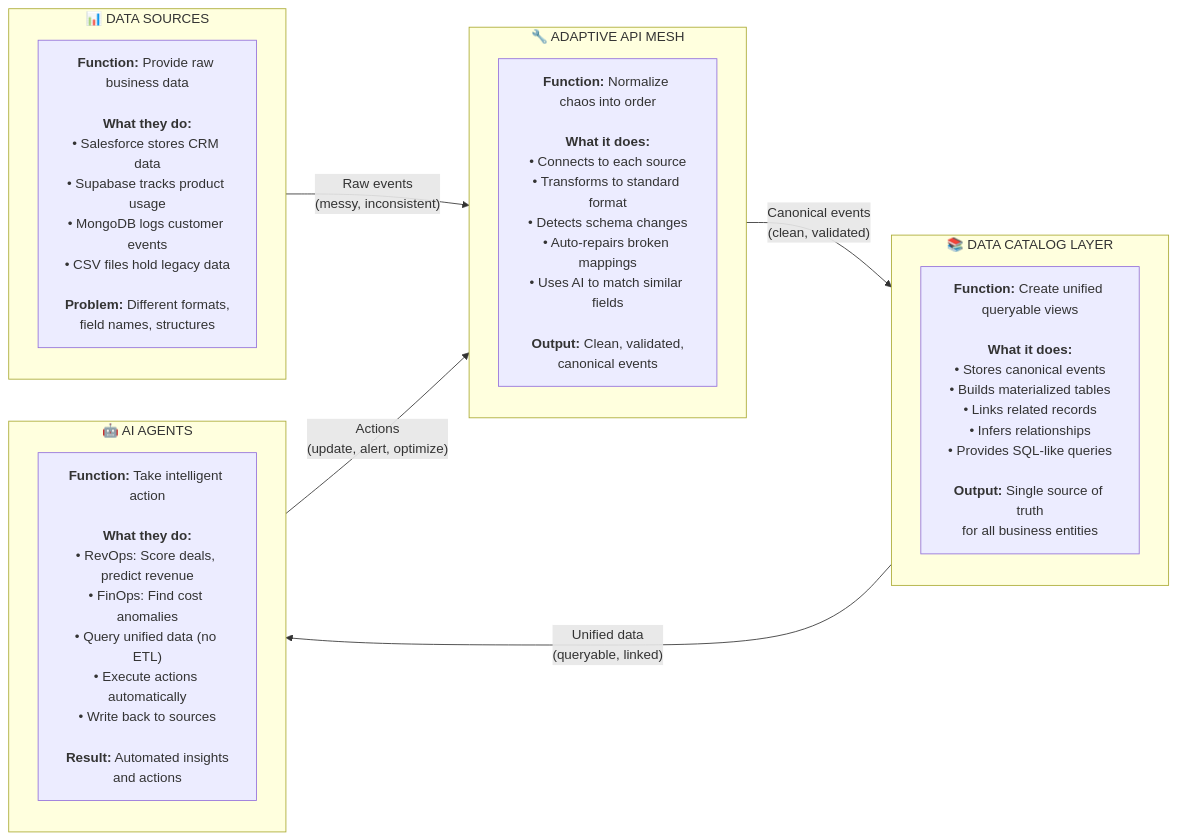
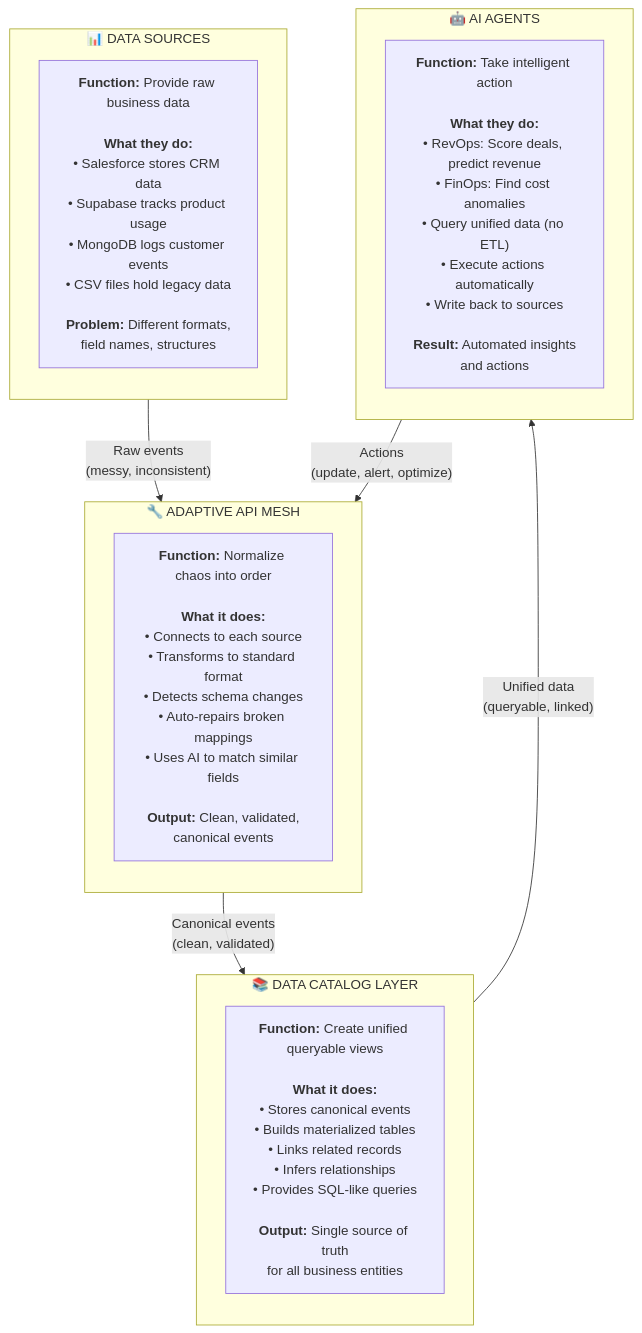
Before and after one commit to ilyacantor/autonomos-platform: the first of 9 diagrams in ARCHITECTURE.md, drawn with Mermaid. The commit also changed 1 other file, not shown here.

Commit message:
Update diagram layout to show data flow top to bottom
Modify Mermaid diagrams in ARCHITECTURE.md and static/architecture.html to use 'flowchart TB' for a vertical data flow representation.

Replit-Commit-Author: Agent
Replit-Commit-Session-Id: 64179410-7104-402f-9246-00d468411b94
Replit-Commit-Checkpoint-Type: full_checkpoint
Replit-Commit-Event-Id: a04ea531-6671-4331-9080-77a6da4ed247

````diff
--- a/ARCHITECTURE.md
+++ b/ARCHITECTURE.md
@@ -21,27 +21,27 @@
 ```mermaid
-flowchart LR
+flowchart TB
     subgraph DS["📊 DATA SOURCES"]
         direction TB
         DS_DESC["<b>Function:</b> Provide raw business data<br/><br/><b>What they do:</b><br/>• Salesforce stores CRM data<br/>• Supabase tracks product usage<br/>• MongoDB logs customer events<br/>• CSV files hold legacy data<br/><br/><b>Problem:</b> Different formats,<br/>field names, structures"]
     end
     
     subgraph AAM["🔧 ADAPTIVE API MESH"]
         direction TB
         AAM_DESC["<b>Function:</b> Normalize chaos into order<br/><br/><b>What it does:</b><br/>• Connects to each source<br/>• Transforms to standard format<br/>• Detects schema changes<br/>• Auto-repairs broken mappings<br/>• Uses AI to match similar fields<br/><br/><b>Output:</b> Clean, validated,<br/>canonical events"]
     end
     
     subgraph DCL["📚 DATA CATALOG LAYER"]
         direction TB
         DCL_DESC["<b>Function:</b> Create unified queryable views<br/><br/><b>What it does:</b><br/>• Stores canonical events<br/>• Builds materialized tables<br/>• Links related records<br/>• Infers relationships<br/>• Provides SQL-like queries<br/><br/><b>Output:</b> Single source of truth<br/>for all business entities"]
     end
     
     subgraph AGENTS["🤖 AI AGENTS"]
         direction TB
         AGENTS_DESC["<b>Function:</b> Take intelligent action<br/><br/><b>What they do:</b><br/>• RevOps: Score deals, predict revenue<br/>• FinOps: Find cost anomalies<br/>• Query unified data (no ETL)<br/>• Execute actions automatically<br/>• Write back to sources<br/><br/><b>Result:</b> Automated insights<br/>and actions"]
     end
     
     DS -->|"Raw events<br/>(messy, inconsistent)"| AAM
     AAM -->|"Canonical events<br/>(clean, validated)"| DCL
     DCL -->|"Unified data<br/>(queryable, linked)"| AGENTS
     AGENTS -->|"Actions<br/>(update, alert, optimize)"| AAM
 ```
````
